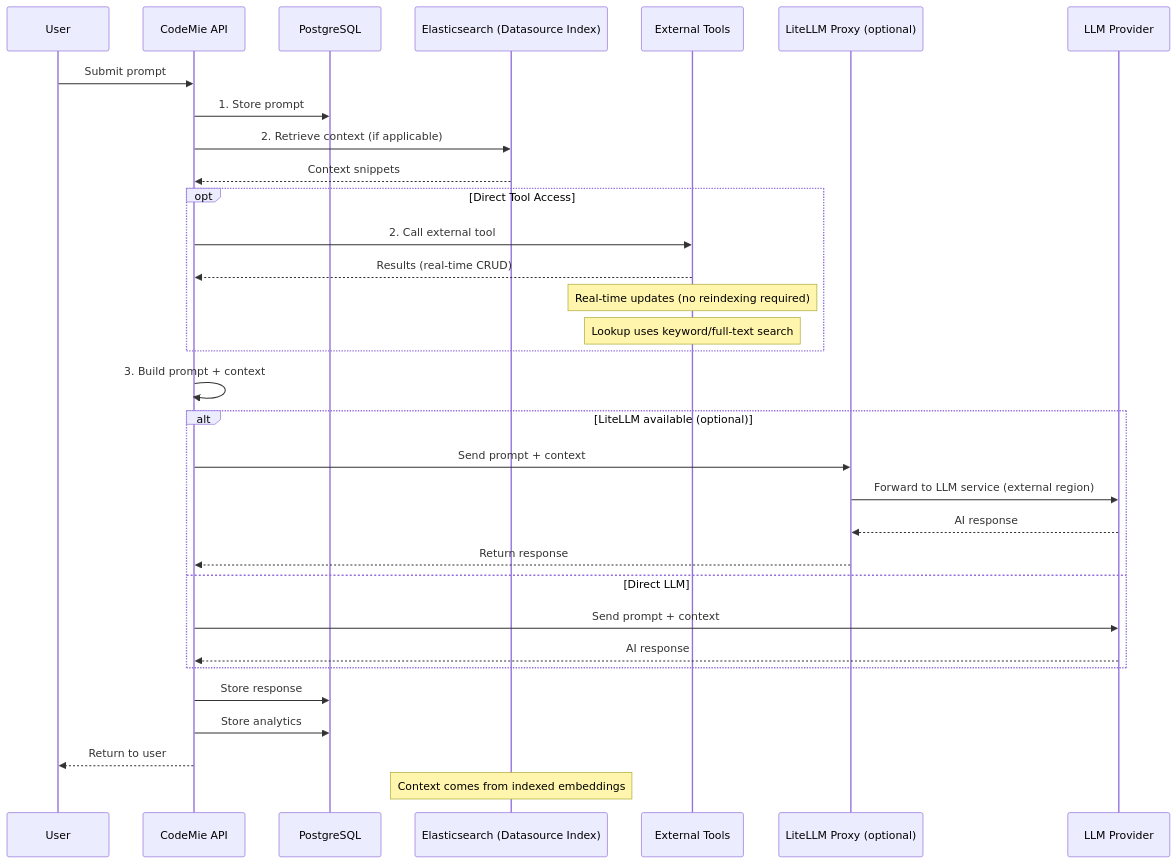
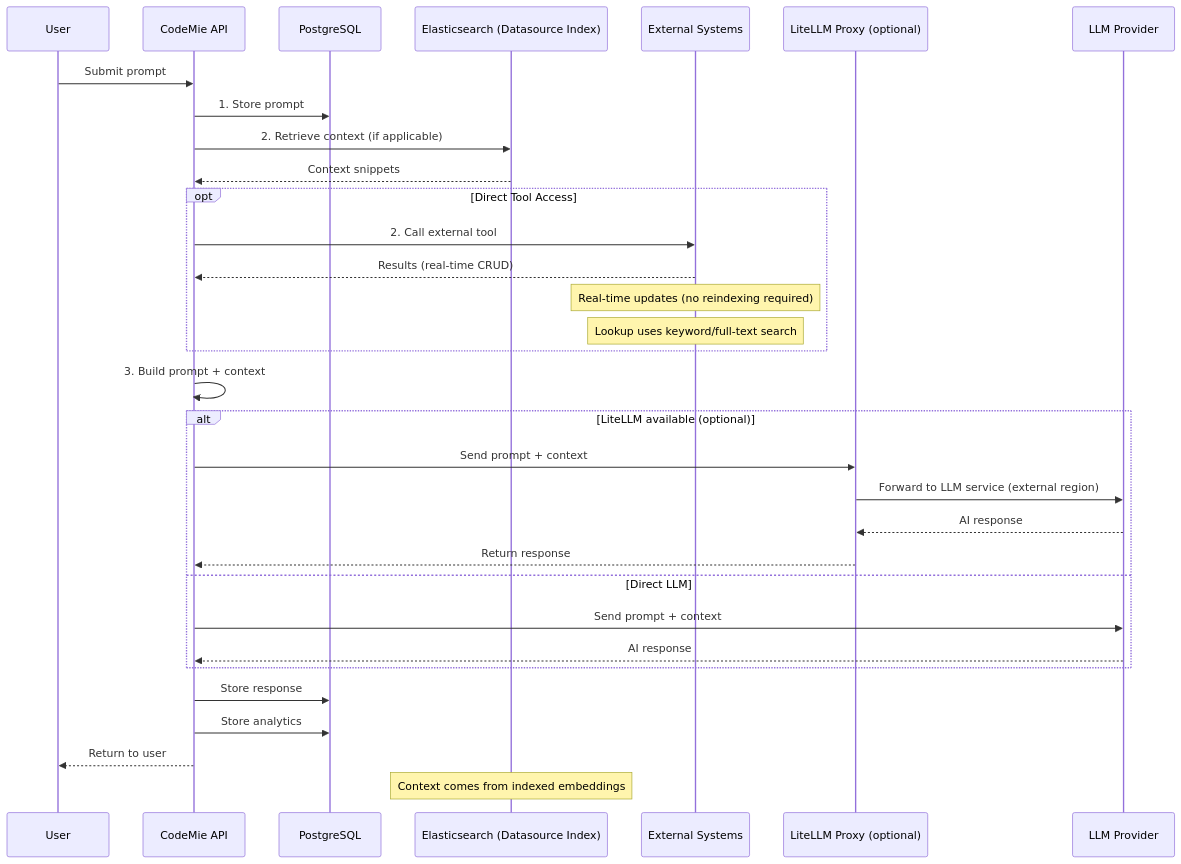
The second of 4 diagrams in docs/admin/security/data-processing-storage.md (codemie-ai/docs), drawn with Mermaid before and after one commit. The commit also changed other lines of this file, not shown here.

Commit message:
docs: small fix in names

````diff
--- a/docs/admin/security/data-processing-storage.md
+++ b/docs/admin/security/data-processing-storage.md
@@ -122,36 +122,36 @@
 ```mermaid
 sequenceDiagram
   participant User
   participant API as CodeMie API
   participant DB as PostgreSQL
   participant ES as Elasticsearch (Datasource Index)
-  participant Tools as External Tools
+  participant Tools as External Systems
   participant LiteLLM as LiteLLM Proxy (optional)
   participant LLM as LLM Provider
 
   User->>API: Submit prompt
   API->>DB: 1. Store prompt
   API->>ES: 2. Retrieve context (if applicable)
   ES-->>API: Context snippets
   opt Direct Tool Access
     API->>Tools: 2. Call external tool
     Tools-->>API: Results (real-time CRUD)
     Note over Tools: Real-time updates (no reindexing required)
     Note over Tools: Lookup uses keyword/full-text search
   end
   API->>API: 3. Build prompt + context
   alt LiteLLM available (optional)
     API->>LiteLLM: Send prompt + context
     LiteLLM->>LLM: Forward to LLM service (external region)
     LLM-->>LiteLLM: AI response
     LiteLLM-->>API: Return response
   else Direct LLM
     API->>LLM: Send prompt + context
     LLM-->>API: AI response
   end
   API->>DB: Store response
   API->>DB: Store analytics
   API-->>User: Return to user
 
   Note over ES: Context comes from indexed embeddings
 ```
````
